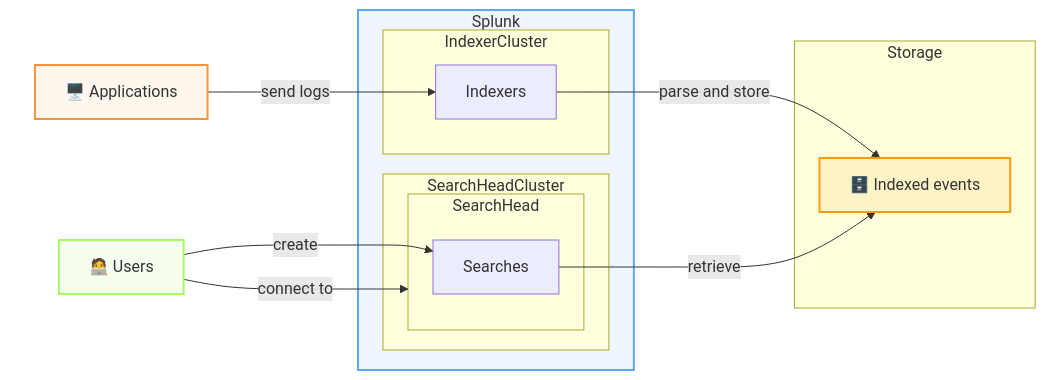
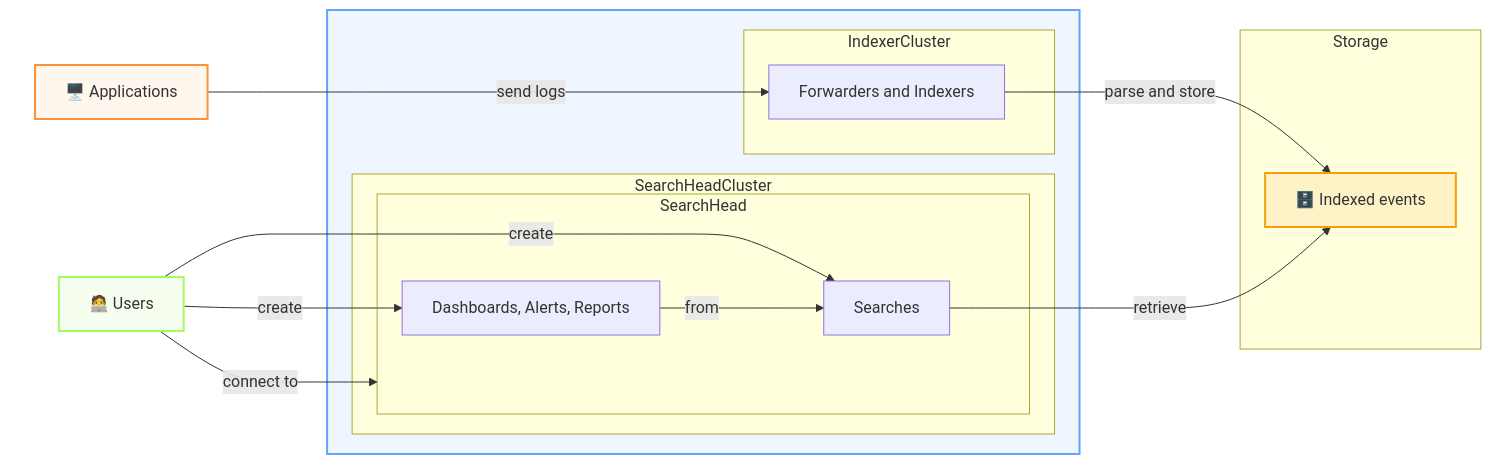
The diagram in pages/intro-splunk.md (mcaci/rdev26-splunk-log-reduction), drawn with Mermaid before and after one commit. The commit also changed other lines of this file and 6 other files, not shown here.

````diff
--- a/pages/intro-splunk.md
+++ b/pages/intro-splunk.md
@@ -40,40 +13,43 @@
 ```mermaid
 flowchart LR
   A -->|send logs| I
   I -->|parse and store| ST
   U -->|connect to| SearchHead
   U -->|create| SE
+  U -->|create| DAR
+  DAR -->|from| SE
   SE -->|retrieve| ST
 
   subgraph SplunkUsers[" "]
     A["🖥️ Applications"]
     U["🧑‍💻 Users"]
   end
 
-  subgraph Splunk
+  subgraph Splunk[" "]
     IndexerCluster
     SearchHeadCluster
   end
 
   subgraph IndexerCluster
-    I[Indexers]
+    I[Forwarders and Indexers]
   end
 
   subgraph SearchHeadCluster
     SearchHead
   end
 
   subgraph SearchHead
     SE[Searches]
+    DAR[Dashboards, Alerts, Reports]
   end
 
   subgraph Storage["Storage"]
     ST["🗄️ Indexed events"]
   end
 
   style A fill:#fff7ed,stroke:#fb923c,stroke-width:2px
   style Splunk fill:#eff6ff,stroke:#60a5fa,stroke-width:2px
   style SplunkUsers fill:#ffffff,stroke:#ffffff,stroke-width:2px
   style U fill:#f6ffef,stroke:#a5fa60,stroke-width:2px
   style ST fill:#fef3c7,stroke:#f59e0b,stroke-width:2px
 ```
````
